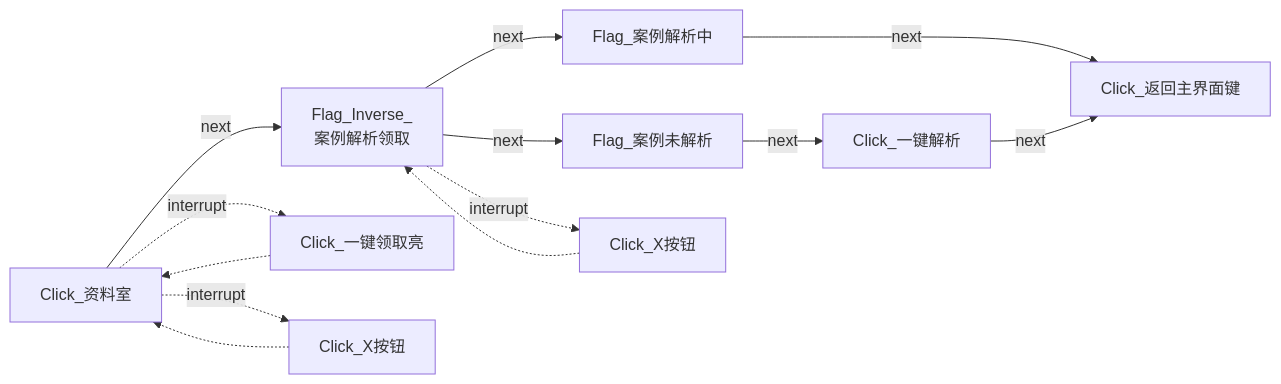
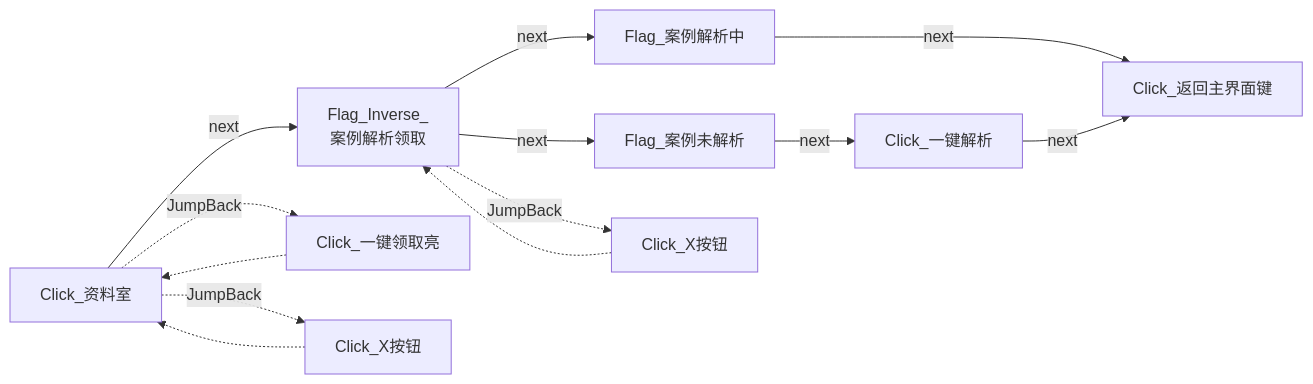
The ninth of 40 diagrams in docs/zh_cn/develop/Pipeline说明.md (Coxwtwo/MaaTOT), drawn with Mermaid before and after one commit. The commit also changed other lines of this file, not shown here.

Commit message:
docs: 完善 Pipeline 说明，新增未名市移动、未名市周任务文档，interrupt→JumpBack(MaaFramework v5.1 起已废弃 interrupt 字段）

````diff
--- a/docs/zh_cn/develop/Pipeline说明.md
+++ b/docs/zh_cn/develop/Pipeline说明.md
@@ -219,16 +219,16 @@
 ```mermaid
 flowchart LR
     n9["Click_资料室"] -->|next| n10["Flag_Inverse_<br>案例解析领取"]
-    n9 -.->|interrupt| n11["Click_一键领取亮"]
+    n9 -.->|JumpBack| n11["Click_一键领取亮"]
     n11 -.-> n9
-    n9 -.->|interrupt| n12["Click_X按钮"]
+    n9 -.->|JumpBack| n12["Click_X按钮"]
     n12 -.-> n9
 
     n10 -->|next| n14["Flag_案例未解析"]
     n10 -->|next| n15["Flag_案例解析中"]
-    n10 -.->|interrupt| n16["Click_X按钮"]
+    n10 -.->|JumpBack| n16["Click_X按钮"]
     n16 -.-> n10
     n14 -->|next| n17["Click_一键解析"]
     n15 --->|next| n18["Click_返回主界面键"]
     n17 -->|next| n18
 ```
````
